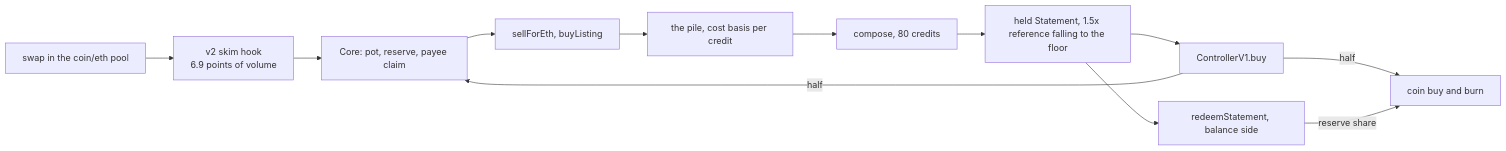
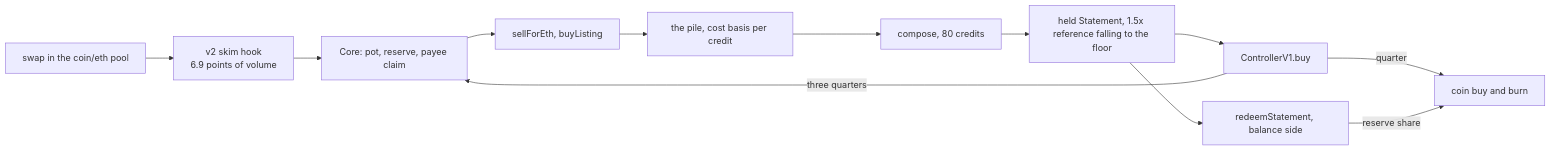
One commit to moose-code/cc changed the diagram in README.md. Above: the diagram before and after it, drawn with Mermaid. The commit also changed other lines of this file and 7 other files, not shown here.

````diff
--- a/README.md
+++ b/README.md
@@ -5,14 +5,14 @@
 ```mermaid
 graph LR
     swap["swap in the coin/eth pool"] --> hook["v2 skim hook<br/>6.9 points of volume"]
     hook --> core["Core: pot, reserve, payee claim"]
     core --> buy["sellForEth, buyListing"]
     buy --> pile["the pile, cost basis per credit"]
     pile --> compose["compose, 80 credits"]
     compose --> held["held Statement, 1.5x reference falling to the floor"]
     held --> sold["ControllerV1.buy"]
     held --> redeem["redeemStatement, balance side"]
-    sold -->|half| burn["coin buy and burn"]
-    sold -->|half| core
+    sold -->|quarter| burn["coin buy and burn"]
+    sold -->|three quarters| core
     redeem -->|reserve share| burn
 ```
````
